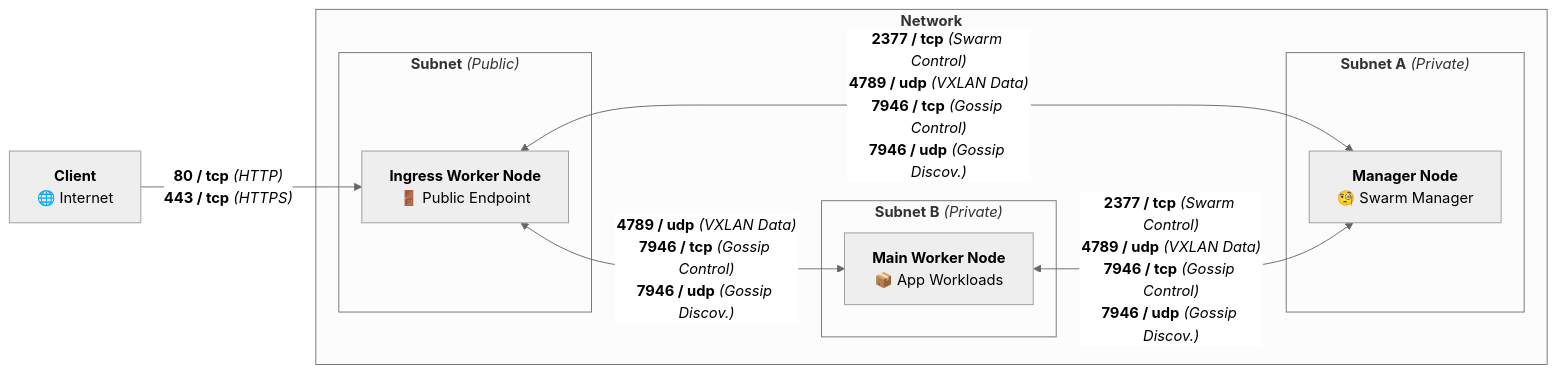
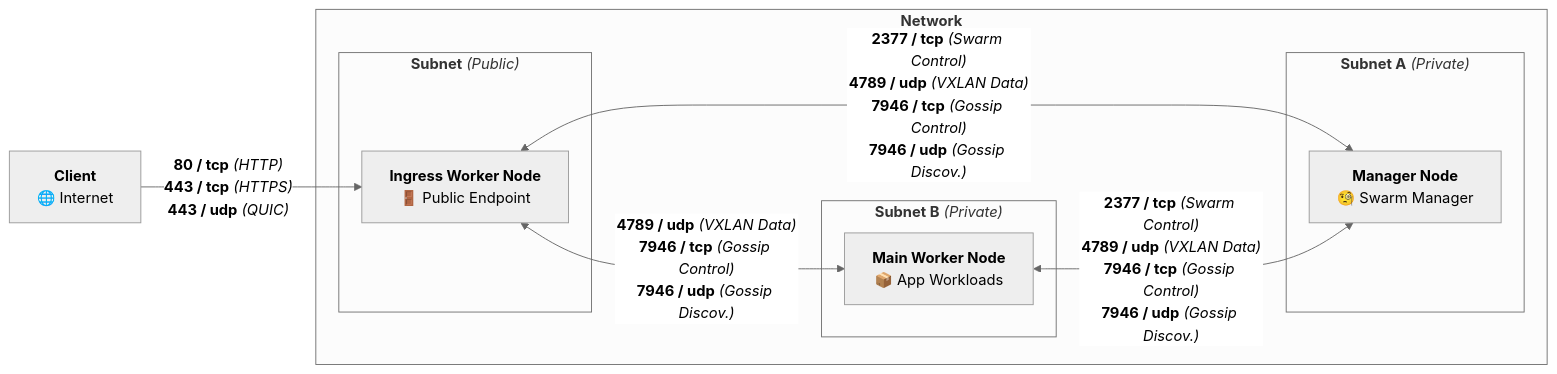
The diagram in README.md (cloud-skeleton/prerequisites), drawn with Mermaid (neutral theme) before and after one commit.

Commit message:
443/udp for QUIC R

````diff
--- a/README.md
+++ b/README.md
@@ -21,27 +21,27 @@
 ```mermaid
 graph LR
 
   external_client["<b>Client</b><br>🌐 Internet"]
 
   subgraph "<b>Network</b>"
     subgraph "<b>Subnet</b> <i>(Public)</i>"
       ingress["<b>Ingress Worker Node</b><br>🚪 Public Endpoint"]
     end
 
     subgraph "<b>Subnet A</b> <i>(Private)</i>"
       manager["<b>Manager Node</b><br>🧐 Swarm Manager"]
     end
 
     subgraph "<b>Subnet B</b> <i>(Private)</i>"
       worker["<b>Main Worker Node</b><br>📦 App Workloads"]
     end
   end
 
-  external_client -->|"<b>80 / tcp</b> <i>(HTTP)</i><br><b>443 / tcp</b> <i>(HTTPS)</i>"| ingress
+  external_client -->|"<b>80 / tcp</b> <i>(HTTP)</i><br><b>443 / tcp</b> <i>(HTTPS)</i><br><b>443 / udp</b> <i>(QUIC)</i>"| ingress
 
   ingress <-->|"<b>4789 / udp</b> <i>(VXLAN Data)</i><br><b>7946 / tcp</b> <i>(Gossip Control)</i><br><b>7946 / udp</b> <i>(Gossip Discov.)</i>"| worker
 
   ingress <-->|"<b>2377 / tcp</b> <i>(Swarm Control)</i><br><b>4789 / udp</b> <i>(VXLAN Data)</i><br><b>7946 / tcp</b> <i>(Gossip Control)</i><br><b>7946 / udp</b> <i>(Gossip Discov.)</i>"| manager
 
   worker <-->|"<b>2377 / tcp</b> <i>(Swarm Control)</i><br><b>4789 / udp</b> <i>(VXLAN Data)</i><br><b>7946 / tcp</b> <i>(Gossip Control)</i><br><b>7946 / udp</b> <i>(Gossip Discov.)</i>"| manager
 ```
````
